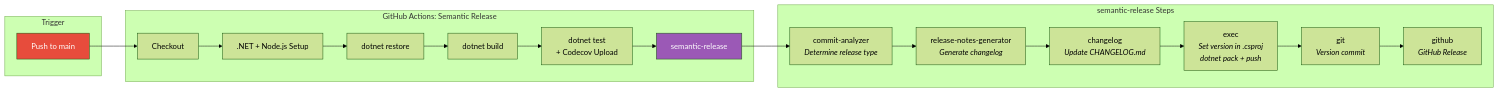
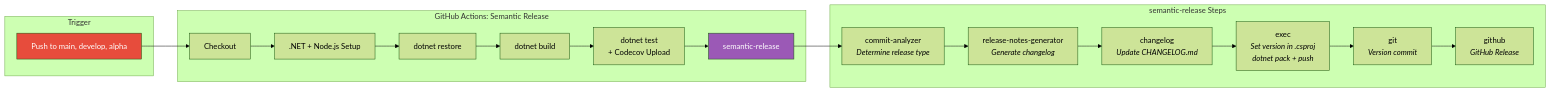
The second of 2 diagrams in docs/architecture/07-deployment-view.md (dborgards/eds-dcf-net), drawn with Mermaid (forest theme) before and after one commit. The commit also changed other lines of this file and 4 other files, not shown here.

````diff
--- a/docs/architecture/07-deployment-view.md
+++ b/docs/architecture/07-deployment-view.md
@@ -68,30 +68,30 @@
 ```mermaid
 flowchart LR
     subgraph Trigger ["Trigger"]
-        Push["Push to main"]
+        Push["Push to main, develop, alpha"]
     end
 
     subgraph Pipeline ["GitHub Actions: Semantic Release"]
         Checkout["Checkout"]
         Setup[".NET + Node.js Setup"]
         Restore["dotnet restore"]
         BuildStep["dotnet build"]
         Test["dotnet test<br/>+ Codecov Upload"]
         SR["semantic-release"]
     end
 
     subgraph SR_Steps ["semantic-release Steps"]
         Analyze["commit-analyzer<br/><i>Determine release type</i>"]
         Notes["release-notes-generator<br/><i>Generate changelog</i>"]
         CL["changelog<br/><i>Update CHANGELOG.md</i>"]
         Exec["exec<br/><i>Set version in .csproj<br/>dotnet pack + push</i>"]
         Git["git<br/><i>Version commit</i>"]
         GHRelease["github<br/><i>GitHub Release</i>"]
     end
 
     Push --> Checkout --> Setup --> Restore --> BuildStep --> Test --> SR
     SR --> Analyze --> Notes --> CL --> Exec --> Git --> GHRelease
 
     style Push fill:#E74C3C,color:#fff
     style SR fill:#9B59B6,color:#fff
 ```
````
